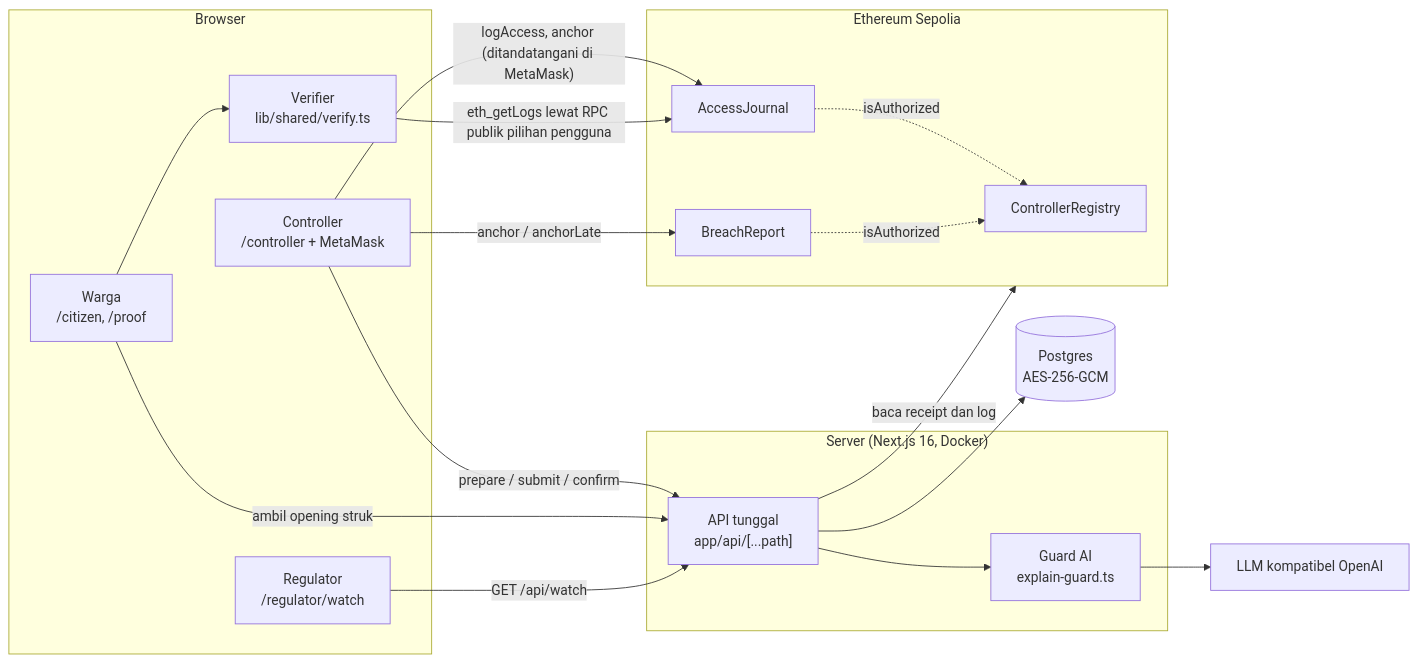
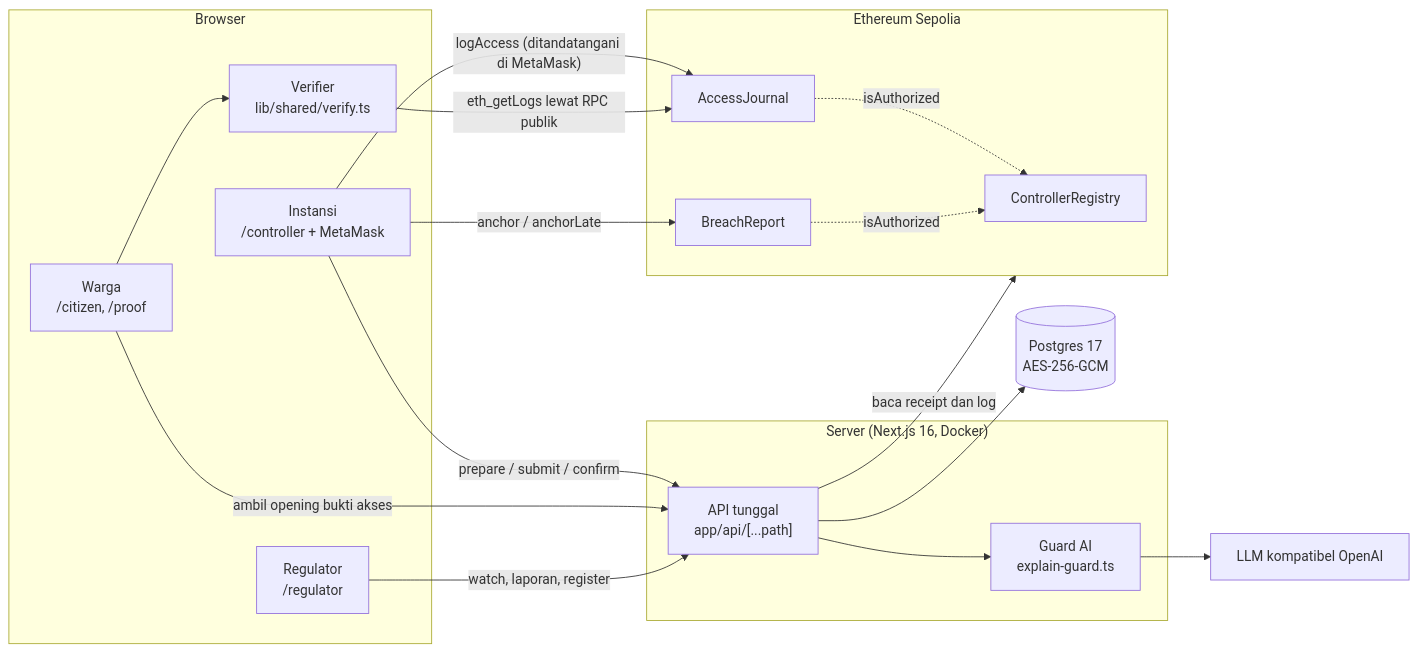
Before and after one commit to alertxsto/saksi: the diagram in README.md, drawn with Mermaid. The commit also changed other lines of this file and 5 other files, not shown here.

````diff
--- a/README.md
+++ b/README.md
@@ -36,32 +78,32 @@
 ```mermaid
 flowchart LR
   subgraph B["Browser"]
     CIT["Warga<br/>/citizen, /proof"]
-    CTL["Controller<br/>/controller + MetaMask"]
-    REGU["Regulator<br/>/regulator/watch"]
+    CTL["Instansi<br/>/controller + MetaMask"]
+    REGU["Regulator<br/>/regulator"]
     VER["Verifier<br/>lib/shared/verify.ts"]
   end
   subgraph S["Server (Next.js 16, Docker)"]
     API["API tunggal<br/>app/api/[...path]"]
     AIG["Guard AI<br/>explain-guard.ts"]
   end
-  DB[("Postgres<br/>AES-256-GCM")]
+  DB[("Postgres 17<br/>AES-256-GCM")]
   LLM["LLM kompatibel OpenAI"]
   subgraph E["Ethereum Sepolia"]
     RG["ControllerRegistry"]
     AJ["AccessJournal"]
     BR["BreachReport"]
   end
   CTL -- "prepare / submit / confirm" --> API
-  CTL -- "logAccess, anchor (ditandatangani di MetaMask)" --> AJ
+  CTL -- "logAccess (ditandatangani di MetaMask)" --> AJ
   CTL -- "anchor / anchorLate" --> BR
   API --> DB
   API -- "baca receipt dan log" --> E
-  CIT -- "ambil opening struk" --> API
+  CIT -- "ambil opening bukti akses" --> API
   CIT --> VER
-  VER -- "eth_getLogs lewat RPC publik pilihan pengguna" --> AJ
-  REGU -- "GET /api/watch" --> API
+  VER -- "eth_getLogs lewat RPC publik" --> AJ
+  REGU -- "watch, laporan, register" --> API
   API --> AIG --> LLM
   AJ -. "isAuthorized" .-> RG
   BR -. "isAuthorized" .-> RG
 ```
````
